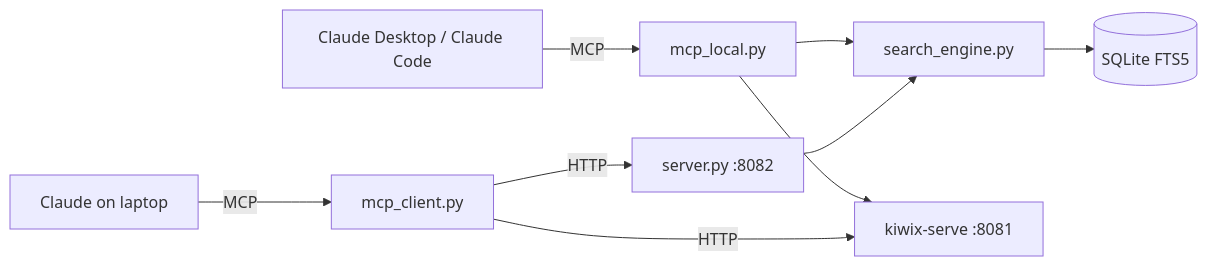
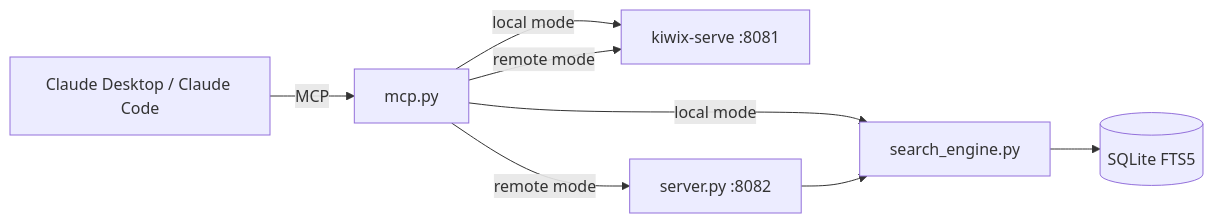
One commit to ArielIL/offline-web-search changed the diagram in README.md. Above: the diagram before and after it, drawn with Mermaid. The commit also changed other lines of this file and 10 other files, not shown here.

First line of the commit message:
refactor: unify mcp_local + mcp_client into single mcp.py with mode auto-detection

````diff
--- a/README.md
+++ b/README.md
@@ -11,12 +11,11 @@
 ```mermaid
 graph LR
-    A[Claude Desktop / Claude Code] -->|MCP| B[mcp_local.py]
-    B --> C[search_engine.py]
+    A[Claude Desktop / Claude Code] -->|MCP| B[mcp.py]
+    B -->|local mode| C[search_engine.py]
     C --> D[(SQLite FTS5)]
-    B --> E[kiwix-serve :8081]
+    B -->|local mode| E[kiwix-serve :8081]
 
-    F[Claude on laptop] -->|MCP| G[mcp_client.py]
-    G -->|HTTP| H[server.py :8082]
+    B -->|remote mode| H[server.py :8082]
     H --> C
-    G -->|HTTP| E
+    B -->|remote mode| E
 ```
````
